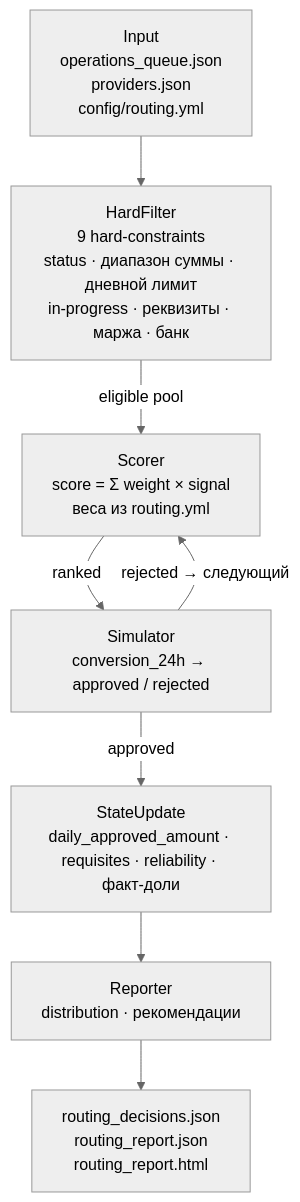
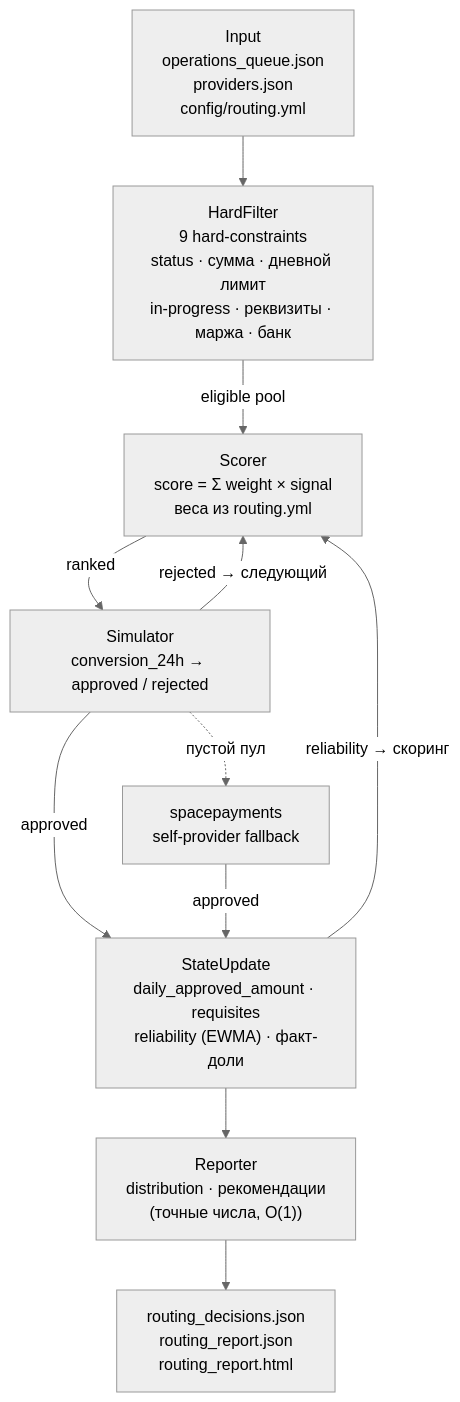
Before and after one commit to camtimhamilton/hack_genesis: the diagram in README.md, drawn with Mermaid (neutral theme). The commit also changed other lines of this file and 6 other files, not shown here.

````diff
--- a/README.md
+++ b/README.md
@@ -12,10 +13,13 @@
 ```mermaid
 flowchart TD
     IN["Input<br/>operations_queue.json<br/>providers.json<br/>config/routing.yml"] --> HF
-    HF["HardFilter<br/>9 hard-constraints<br/>status · диапазон суммы · дневной лимит<br/>in-progress · реквизиты · маржа · банк"] -->|"eligible pool"| SC
+    HF["HardFilter<br/>9 hard-constraints<br/>status · сумма · дневной лимит<br/>in-progress · реквизиты · маржа · банк"] -->|"eligible pool"| SC
     SC["Scorer<br/>score = Σ weight × signal<br/>веса из routing.yml"] -->|"ranked"| SM
     SM["Simulator<br/>conversion_24h → approved / rejected"] -->|"rejected → следующий"| SC
     SM -->|"approved"| SU
-    SU["StateUpdate<br/>daily_approved_amount · requisites · reliability · факт-доли"] --> REP
-    REP["Reporter<br/>distribution · рекомендации"] --> OUT["routing_decisions.json<br/>routing_report.json<br/>routing_report.html"]
+    SU["StateUpdate<br/>daily_approved_amount · requisites<br/>reliability (EWMA) · факт-доли"] -->|"reliability → скоринг"| SC
+    SU --> REP
+    REP["Reporter<br/>distribution · рекомендации<br/>(точные числа, O(1))"] --> OUT["routing_decisions.json<br/>routing_report.json<br/>routing_report.html"]
+    SM -.->|"пустой пул"| FB["spacepayments<br/>self-provider fallback"]
+    FB -->|"approved"| SU
 ```
````
